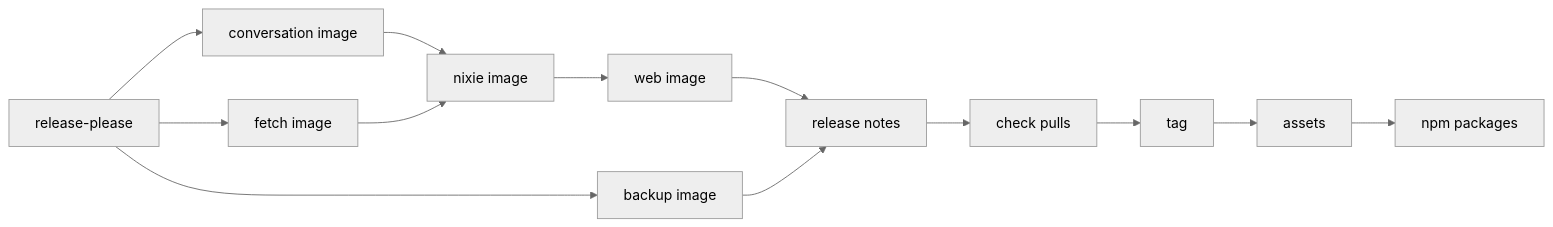
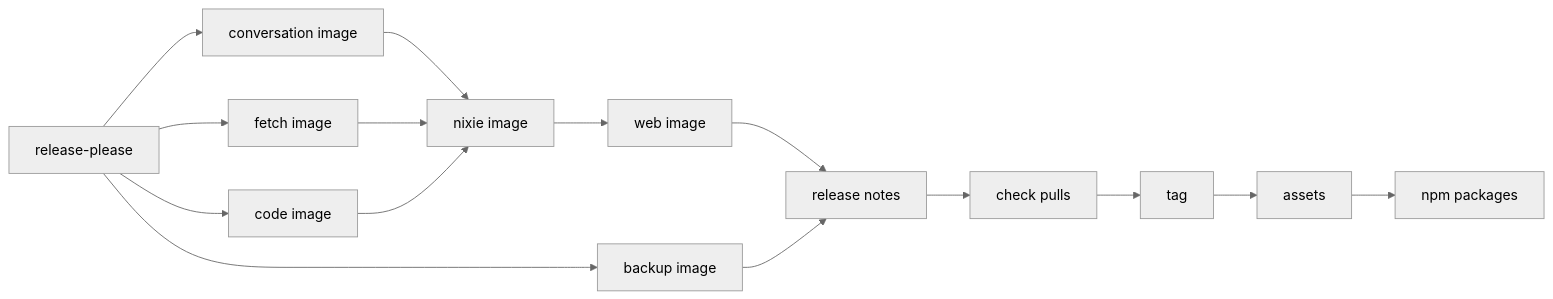
The diagram in docs/architecture/deployment/release-pipeline.md (zgeoff/nixie), drawn with Mermaid (neutral theme) before and after one commit. The commit also changed other lines of this file and 105 other files, not shown here.

````diff
--- a/docs/architecture/deployment/release-pipeline.md
+++ b/docs/architecture/deployment/release-pipeline.md
@@ -44,16 +44,18 @@
 ```mermaid
 flowchart LR
   rp[release-please] --> conv[conversation image]
     rp --> fetch[fetch image]
+  rp --> code[code image]
   rp --> backup[backup image]
 
   conv --> nixie[nixie image]
   fetch --> nixie
+  code --> nixie
     nixie --> web[web image]
   web --> notes[release notes]
   backup --> notes
   notes --> pulls[check pulls]
   pulls --> tag[tag]
   tag --> assets[assets]
   assets --> npm[npm packages]
 ```
````
